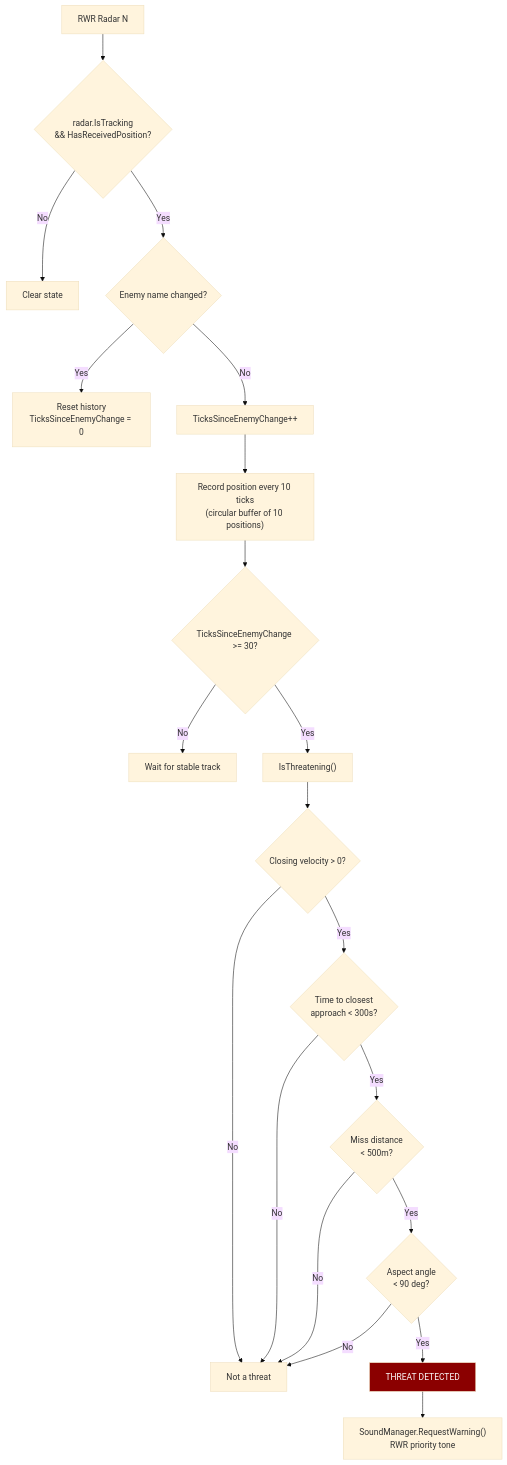
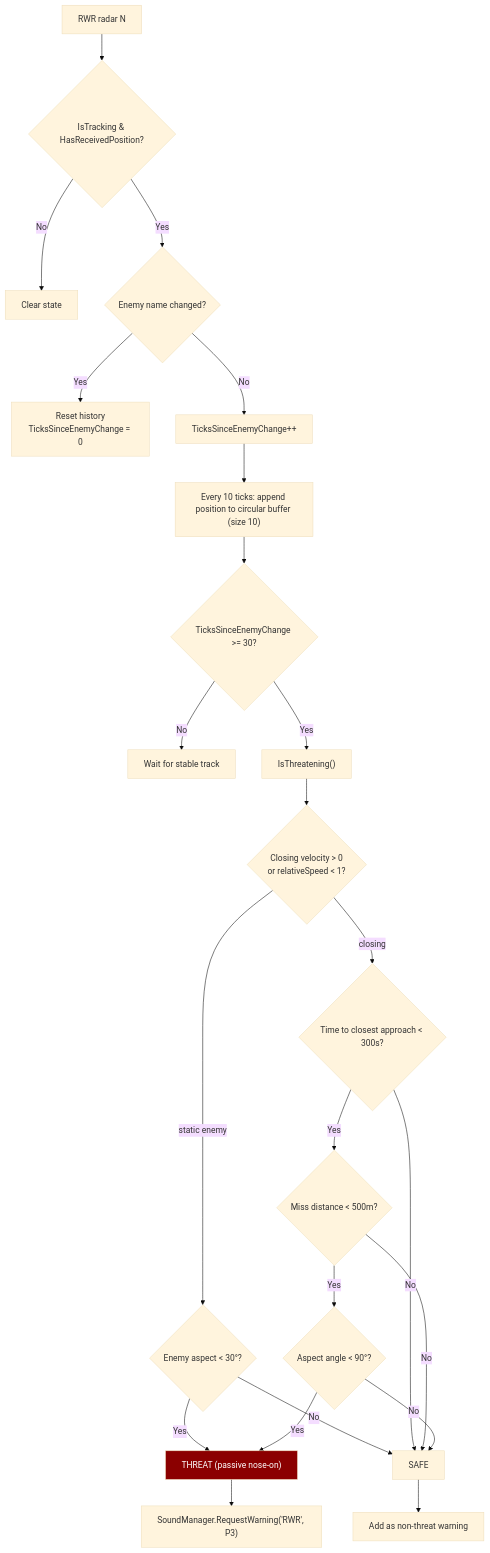
The third of 8 diagrams in docs/weapons.md (Terilia/JetOS), drawn with Mermaid (base theme) before and after one commit. The commit also changed other lines of this file and 23 other files, not shown here.

````diff
--- a/docs/weapons.md
+++ b/docs/weapons.md
@@ -71,26 +141,29 @@
 ```mermaid
 flowchart TD
-    RWR["RWR Radar N"] --> TRACKING{"radar.IsTracking\n&& HasReceivedPosition?"}
-    TRACKING -- "No" --> CLEAR["Clear state"]
-    TRACKING -- "Yes" --> CHANGED{"Enemy name changed?"}
-    CHANGED -- "Yes" --> RESET["Reset history\nTicksSinceEnemyChange = 0"]
-    CHANGED -- "No" --> INC["TicksSinceEnemyChange++"]
-    INC --> HIST["Record position every 10 ticks\n(circular buffer of 10 positions)"]
-    HIST --> STABLE{"TicksSinceEnemyChange >= 30?"}
-    STABLE -- "No" --> WAIT["Wait for stable track"]
-    STABLE -- "Yes" --> ASSESS["IsThreatening()"]
+    RWR["RWR radar N"] --> TR{IsTracking &amp; HasReceivedPosition?}
+    TR -- "No" --> CL["Clear state"]
+    TR -- "Yes" --> EN{Enemy name changed?}
+    EN -- "Yes" --> RST["Reset history<br/>TicksSinceEnemyChange = 0"]
+    EN -- "No" --> INC["TicksSinceEnemyChange++"]
+    INC --> HIST["Every 10 ticks: append position to circular buffer (size 10)"]
+    HIST --> ST{TicksSinceEnemyChange &gt;= 30?}
+    ST -- "No" --> WAIT["Wait for stable track"]
+    ST -- "Yes" --> AS["IsThreatening()"]
 
-    ASSESS --> CV{"Closing velocity > 0?"}
-    CV -- "No" --> SAFE["Not a threat"]
-    CV -- "Yes" --> TCA{"Time to closest\napproach < 300s?"}
+    AS --> CV{Closing velocity &gt; 0<br/>or relativeSpeed &lt; 1?}
+    CV -- "static enemy" --> AA{Enemy aspect &lt; 30°?}
+    AA -- "Yes" --> THR["THREAT (passive nose-on)"]
+    AA -- "No" --> SAFE
+    CV -- "closing" --> TCA{Time to closest approach &lt; 300s?}
     TCA -- "No" --> SAFE
-    TCA -- "Yes" --> MISS{"Miss distance\n< 500m?"}
+    TCA -- "Yes" --> MISS{Miss distance &lt; 500m?}
     MISS -- "No" --> SAFE
-    MISS -- "Yes" --> ASPECT{"Aspect angle\n< 90 deg?"}
-    ASPECT -- "No" --> SAFE
-    ASPECT -- "Yes" --> THREAT["THREAT DETECTED"]
+    MISS -- "Yes" --> ASP{Aspect angle &lt; 90°?}
+    ASP -- "No" --> SAFE
+    ASP -- "Yes" --> THR
 
-    THREAT --> SOUND["SoundManager.RequestWarning()\nRWR priority tone"]
+    THR --> SND["SoundManager.RequestWarning('RWR', P3)"]
+    SAFE --> WW["Add as non-threat warning"]
 
-    style THREAT fill:#8b0000,color:#fff
+    style THR fill:#8b0000,color:#fff
 ```
````
